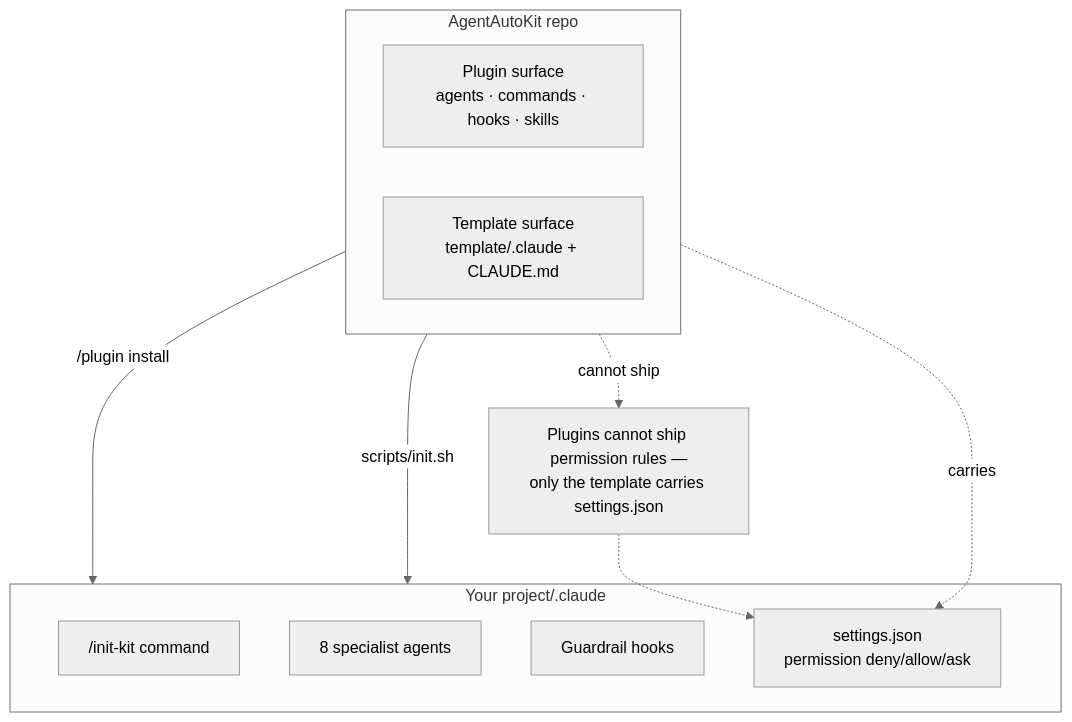
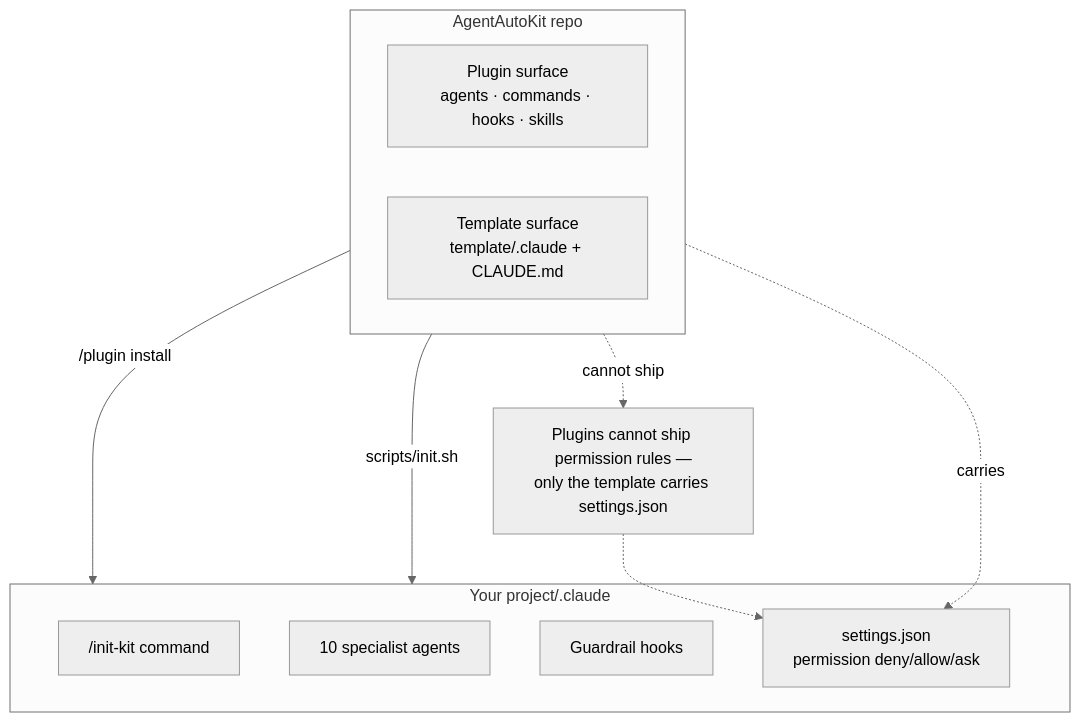
One commit to slenderman2511/AgentAutoKit changed the first of 6 diagrams in README.md. Above: the diagram before and after it, drawn with Mermaid (neutral theme). The commit also changed other lines of this file and 1 other file, not shown here.

````diff
--- a/README.md
+++ b/README.md
@@ -175,20 +190,20 @@
 ```mermaid
 flowchart TB
   subgraph KIT["AgentAutoKit repo"]
     direction LR
     P["Plugin surface<br/>agents · commands · hooks · skills"]
     T["Template surface<br/>template/.claude + CLAUDE.md"]
   end
   P -->|"/plugin install"| PROJ
   T -->|"scripts/init.sh"| PROJ
   subgraph PROJ["Your project/.claude"]
     CMD["/init-kit command"]
-    AG["8 specialist agents"]
+    AG["10 specialist agents"]
     HK["Guardrail hooks"]
     ST["settings.json<br/>permission deny/allow/ask"]
   end
   note["Plugins cannot ship permission rules —<br/>only the template carries settings.json"]
   T -.->|"carries"| ST
   P -.->|"cannot ship"| note
   note -.-> ST
 ```
````
